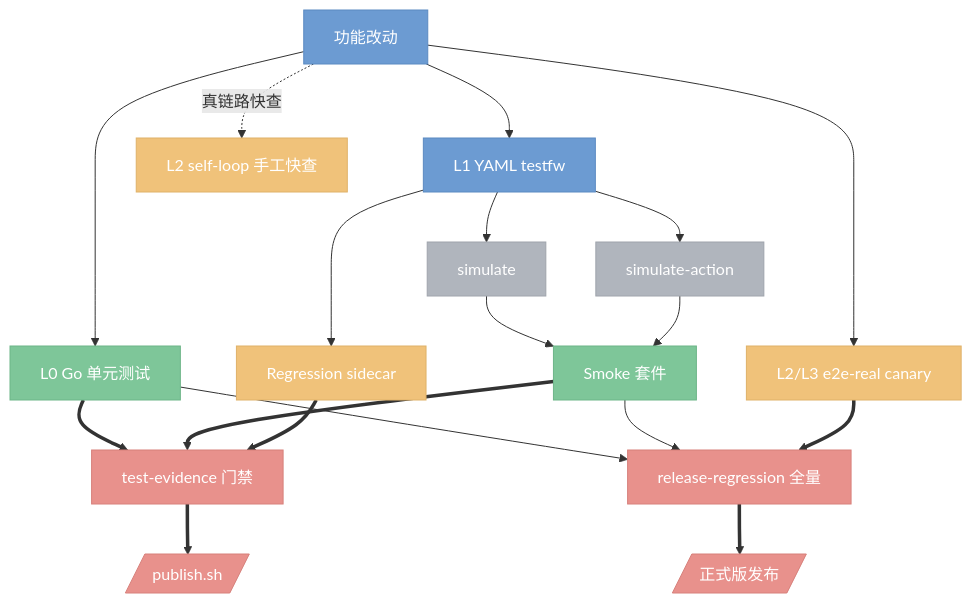
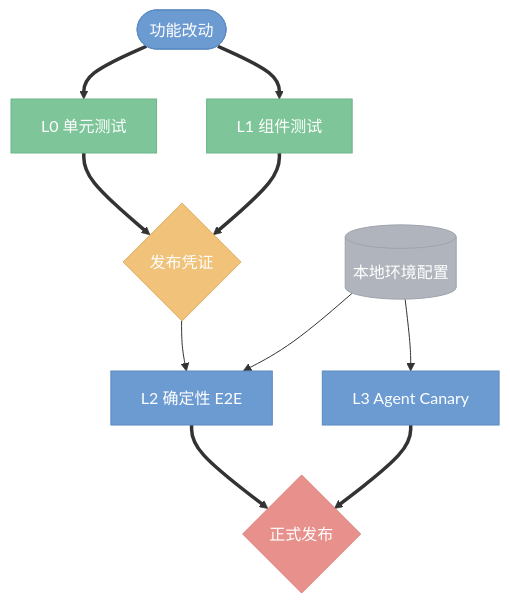
Before and after one commit to ZiYang-oyxy/lark-ai-agent-bridge: the diagram in docs/workflow/test-framework.md, drawn with Mermaid. The commit also changed other lines of this file and 10 other files, not shown here.

````diff
--- a/docs/workflow/test-framework.md
+++ b/docs/workflow/test-framework.md
@@ -20,38 +15,27 @@
 ```mermaid
 flowchart TD
-    A[功能改动]:::primary
-    B[L0 Go 单元测试]:::success
-    C[L1 YAML testfw]:::primary
-    D[simulate]:::grey
-    E[simulate-action]:::grey
-    F[Smoke 套件]:::success
-    G[Regression sidecar]:::warning
-    H[test-evidence 门禁]:::danger
-    I[L2 self-loop 手工快查]:::warning
-    J[L2/L3 e2e-real canary]:::warning
-    K[release-regression 全量]:::danger
+    CHANGE([功能改动]):::primary
+    L0[L0 单元测试]:::success
+    L1[L1 组件测试]:::success
+    EVIDENCE{发布凭证}:::warning
+    L2[L2 确定性 E2E]:::primary
+    L3[L3 Agent Canary]:::primary
+    RELEASE{正式发布}:::danger
+    ENV[(本地环境配置)]:::grey
 
-    A --> B
-    A --> C
-    C --> D
-    C --> E
-    D --> F
-    E --> F
-    C --> G
-    B ==> H
-    F ==> H
-    G ==> H
-    A -.真链路快查.-> I
-    A --> J
-    B --> K
-    F --> K
-    J ==> K
-    H ==> Publish[/publish.sh/]:::danger
-    K ==> Release[/正式版发布/]:::danger
+    CHANGE ==> L0
+    CHANGE ==> L1
+    L0 ==> EVIDENCE
+    L1 ==> EVIDENCE
+    EVIDENCE --> L2
+    ENV --> L2
+    ENV --> L3
+    L2 ==> RELEASE
+    L3 ==> RELEASE
 
     classDef primary fill:#6C9BD2,stroke:#5B8AC1,color:#fff
     classDef success fill:#7EC699,stroke:#6DB588,color:#fff
     classDef warning fill:#F0C27A,stroke:#DFB169,color:#fff
-    classDef danger  fill:#E8918C,stroke:#D7807B,color:#fff
-    classDef grey    fill:#B0B5BD,stroke:#9FA4AC,color:#fff
+    classDef danger fill:#E8918C,stroke:#D7807B,color:#fff
+    classDef grey fill:#B0B5BD,stroke:#9FA4AC,color:#fff
 ```
````
